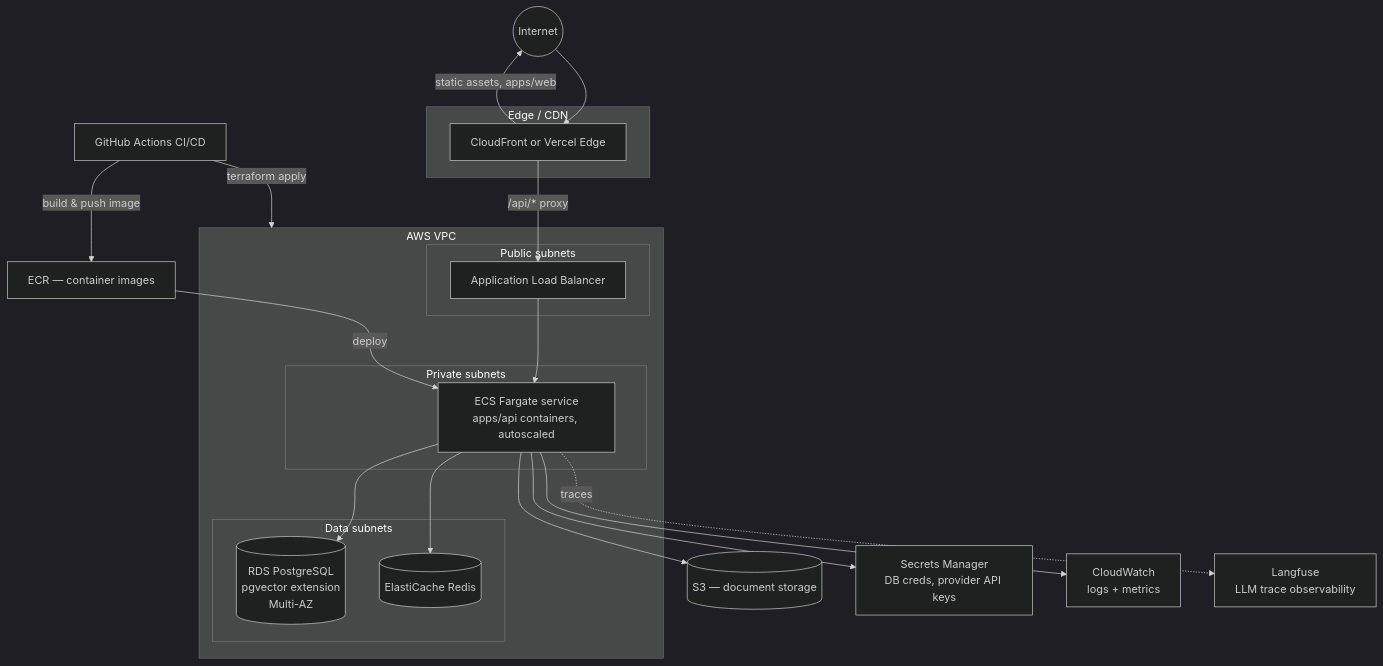
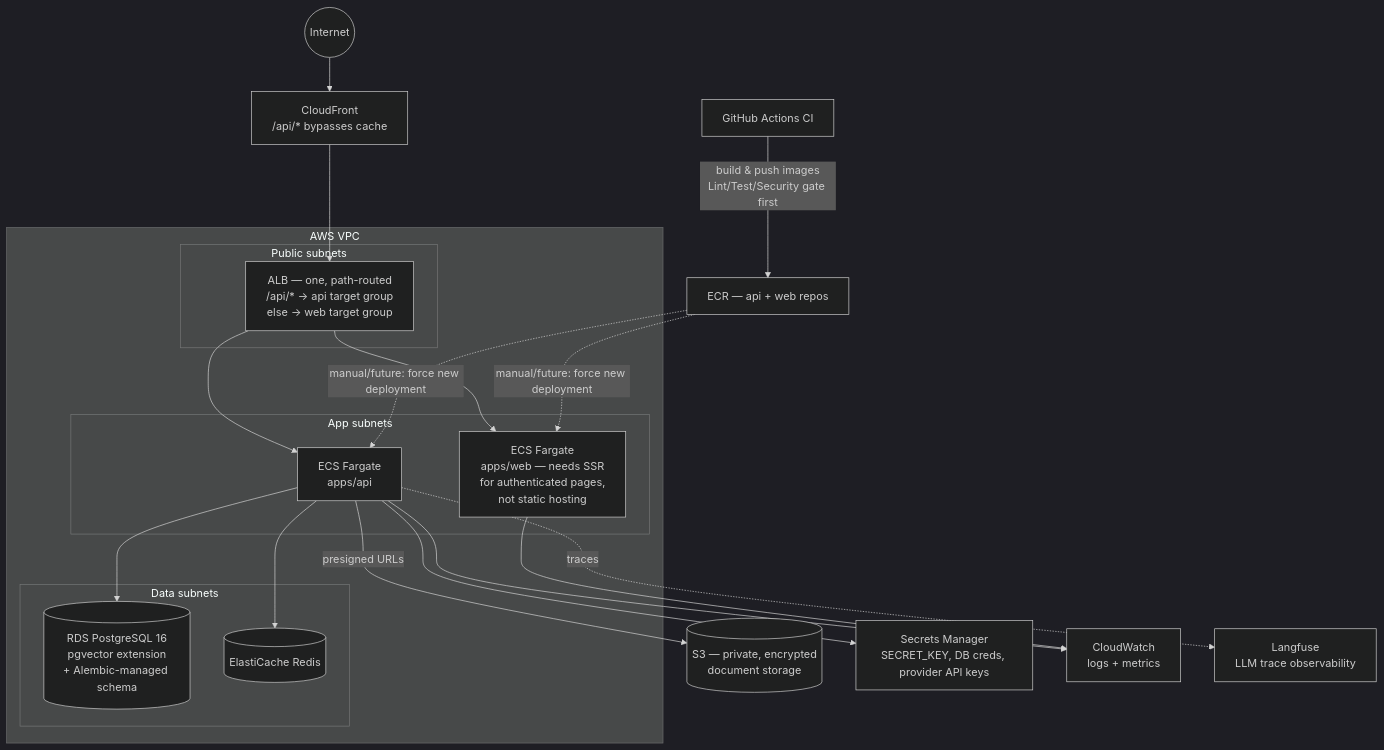
The seventh of 7 diagrams in docs/architecture.md (ankitsingh711/contractlens), drawn with Mermaid (dark theme) before and after one commit. The commit also changed other lines of this file and 1 other file, not shown here.

Commit message:
phase-8-completed

````diff
--- a/docs/architecture.md
+++ b/docs/architecture.md
@@ -370,44 +372,42 @@
 ```mermaid
 flowchart TB
     Internet((Internet))
-
-    subgraph Edge["Edge / CDN"]
-        CF[CloudFront or Vercel Edge]
-    end
+    CF[CloudFront<br/>/api/* bypasses cache]
 
     subgraph VPC["AWS VPC"]
         subgraph Public["Public subnets"]
-            ALB[Application Load Balancer]
+            ALB["ALB — one, path-routed<br/>/api/* → api target group<br/>else → web target group"]
         end
 
-        subgraph Private["Private subnets"]
-            ECS[ECS Fargate service<br/>apps/api containers, autoscaled]
+        subgraph Private["App subnets"]
+            ECSApi[ECS Fargate<br/>apps/api]
+            ECSWeb[ECS Fargate<br/>apps/web — needs SSR<br/>for authenticated pages,<br/>not static hosting]
         end
 
         subgraph DataTier["Data subnets"]
-            RDS[(RDS PostgreSQL<br/>pgvector extension<br/>Multi-AZ)]
+            RDS[(RDS PostgreSQL 16<br/>pgvector extension<br/>+ Alembic-managed schema)]
             EC[(ElastiCache Redis)]
         end
     end
 
-    S3[(S3 — document storage)]
-    Secrets[Secrets Manager<br/>DB creds, provider API keys]
+    S3[(S3 — private, encrypted<br/>document storage)]
+    Secrets[Secrets Manager<br/>SECRET_KEY, DB creds, provider API keys]
     CW[CloudWatch<br/>logs + metrics]
     Langfuse[Langfuse<br/>LLM trace observability]
-    ECR[ECR — container images]
-    GH[GitHub Actions CI/CD]
+    ECR[ECR — api + web repos]
+    GH[GitHub Actions CI]
 
-    Internet --> CF
-    CF -->|static assets, apps/web| Internet
-    CF -->|/api/* proxy| ALB
-    ALB --> ECS
-    ECS --> RDS
-    ECS --> EC
-    ECS --> S3
-    ECS --> Secrets
-    ECS --> CW
-    ECS -.traces.-> Langfuse
-    GH -->|build & push image| ECR
-    ECR -->|deploy| ECS
-    GH -->|terraform apply| VPC
+    Internet --> CF --> ALB
+    ALB --> ECSApi
+    ALB --> ECSWeb
+    ECSApi --> RDS
+    ECSApi --> EC
+    ECSApi -->|presigned URLs| S3
+    ECSApi --> Secrets
+    ECSApi --> CW
+    ECSWeb --> CW
+    ECSApi -.traces.-> Langfuse
+    GH -->|build & push images<br/>Lint/Test/Security gate first| ECR
+    ECR -.->|manual/future: force new deployment| ECSApi
+    ECR -.->|manual/future: force new deployment| ECSWeb
 ```
````
